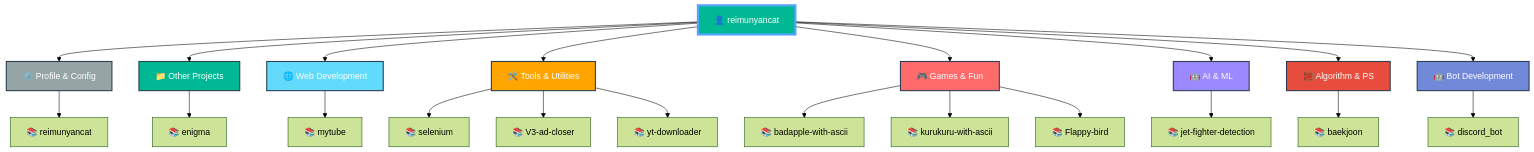
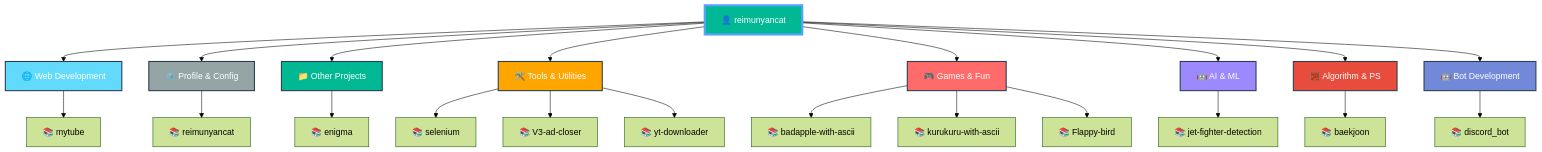
Before and after one commit to reimunyancat/reimunyancat: the diagram in README.md, drawn with Mermaid (forest theme). The commit also changed other lines of this file, not shown here.

Commit message:
🤖 Auto-update README with latest repositories

````diff
--- a/README.md
+++ b/README.md
@@ -159,42 +159,42 @@
 ```mermaid
 graph TD
   A[👤 reimunyancat]
 
-  A --> CAT0[⚙️ Profile & Config]
-  CAT0 --> CAT0_0[📚 reimunyancat]
+  A --> CAT0[🌐 Web Development]
+  CAT0 --> CAT0_0[📚 mytube]
 
-  A --> CAT1[📁 Other Projects]
-  CAT1 --> CAT1_0[📚 enigma]
+  A --> CAT1[⚙️ Profile & Config]
+  CAT1 --> CAT1_0[📚 reimunyancat]
 
-  A --> CAT2[🌐 Web Development]
-  CAT2 --> CAT2_0[📚 mytube]
+  A --> CAT2[📁 Other Projects]
+  CAT2 --> CAT2_0[📚 enigma]
 
   A --> CAT3[🛠️ Tools & Utilities]
   CAT3 --> CAT3_0[📚 selenium]
   CAT3 --> CAT3_1[📚 V3-ad-closer]
   CAT3 --> CAT3_2[📚 yt-downloader]
 
   A --> CAT4[🎮 Games & Fun]
   CAT4 --> CAT4_0[📚 badapple-with-ascii]
   CAT4 --> CAT4_1[📚 kurukuru-with-ascii]
   CAT4 --> CAT4_2[📚 Flappy-bird]
 
   A --> CAT5[🤖 AI & ML]
   CAT5 --> CAT5_0[📚 jet-fighter-detection]
 
   A --> CAT6[🧮 Algorithm & PS]
   CAT6 --> CAT6_0[📚 baekjoon]
 
   A --> CAT7[🤖 Bot Development]
   CAT7 --> CAT7_0[📚 discord_bot]
 
   style A fill:#00b894,stroke:#55a3ff,stroke-width:4px,color:#fff
-  style CAT0 fill:#95a5a6,stroke:#2c3e50,stroke-width:2px,color:#fff
-  style CAT1 fill:#00b894,stroke:#2c3e50,stroke-width:2px,color:#fff
-  style CAT2 fill:#61dafb,stroke:#2c3e50,stroke-width:2px,color:#fff
+  style CAT0 fill:#61dafb,stroke:#2c3e50,stroke-width:2px,color:#fff
+  style CAT1 fill:#95a5a6,stroke:#2c3e50,stroke-width:2px,color:#fff
+  style CAT2 fill:#00b894,stroke:#2c3e50,stroke-width:2px,color:#fff
   style CAT3 fill:#ffa500,stroke:#2c3e50,stroke-width:2px,color:#fff
   style CAT4 fill:#ff6b6b,stroke:#2c3e50,stroke-width:2px,color:#fff
   style CAT5 fill:#9c88ff,stroke:#2c3e50,stroke-width:2px,color:#fff
   style CAT6 fill:#e74c3c,stroke:#2c3e50,stroke-width:2px,color:#fff
   style CAT7 fill:#7289da,stroke:#2c3e50,stroke-width:2px,color:#fff
 ```
````
